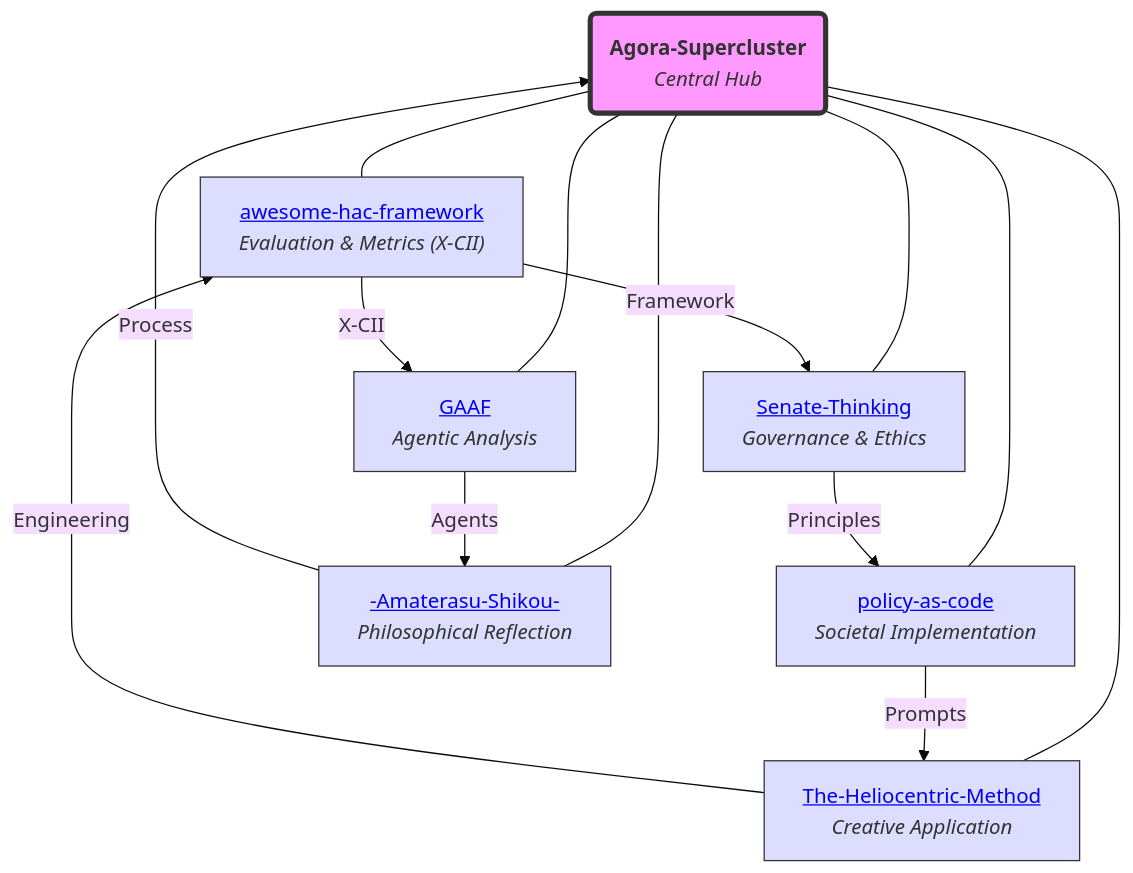
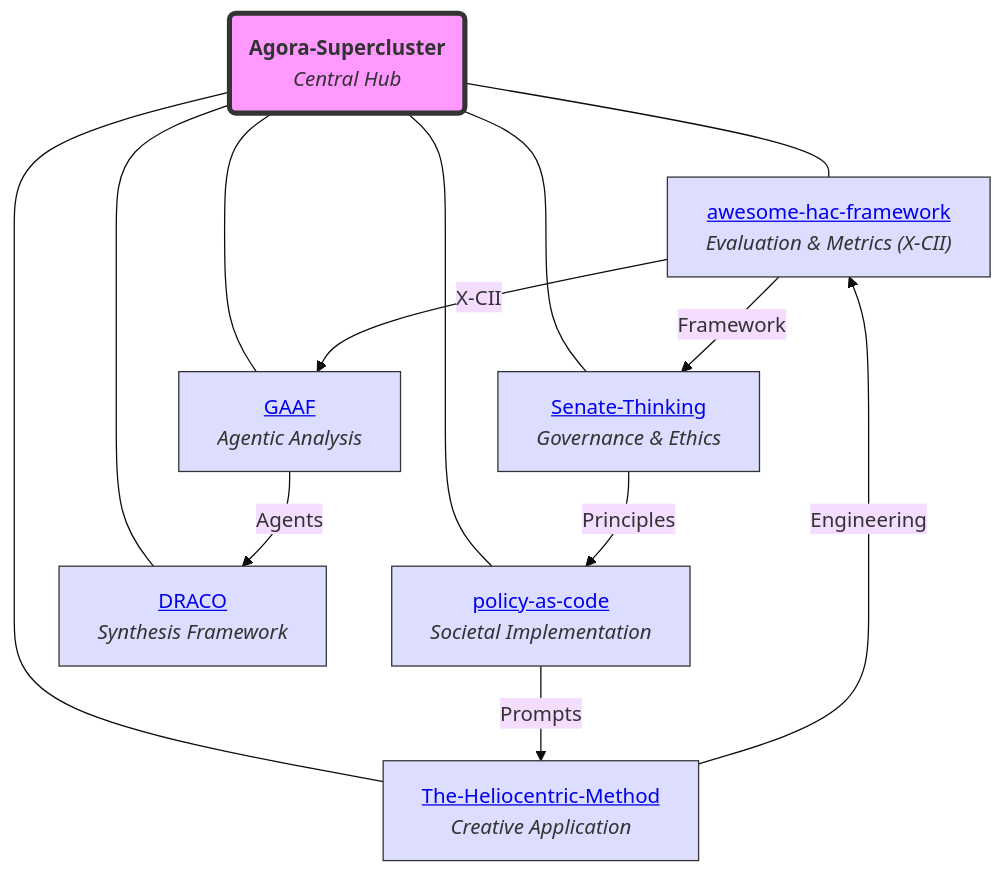
One commit to torisan-unya/Agora-Supercluster changed the diagram in README.md. Above: the diagram before and after it, drawn with Mermaid (base theme). The commit also changed other lines of this file, not shown here.

````diff
--- a/README.md
+++ b/README.md
@@ -19,22 +19,21 @@
 ```mermaid
 graph TD
     A("<b>Agora-Supercluster</b><br><i>Central Hub</i>")
     B["<a href='https://github.com/torisan-unya/awesome-hac-framework'>awesome-hac-framework</a><br><i>Evaluation & Metrics (X-CII)</i>"]
     C["<a href='https://github.com/torisan-unya/Senate-Thinking'>Senate-Thinking</a><br><i>Governance & Ethics</i>"]
     D["<a href='https://github.com/torisan-unya/The-Heliocentric-Method'>The-Heliocentric-Method</a><br><i>Creative Application</i>"]
     E["<a href='https://github.com/torisan-unya/GAAF'>GAAF</a><br><i>Agentic Analysis</i>"]
     F["<a href='https://github.com/torisan-unya/policy-as-code'>policy-as-code</a><br><i>Societal Implementation</i>"]
-    G["<a href='https://github.com/torisan-unya/-Amaterasu-Shikou-'>-Amaterasu-Shikou-</a><br><i>Philosophical Reflection</i>"]
-    A --- B & C & D & E & F & G
+    H["<a href='https://github.com/torisan-unya/DRACO'>DRACO</a><br><i>Synthesis Framework</i>"]
+    A --- B & C & D & E & F & H
     B -- X-CII --> E
     B -- Framework --> C
     F -- Prompts --> D
-    G -- Process --> A
     C -- Principles --> F
     D -- Engineering --> B
-    E -- Agents --> G
+    E -- Agents --> H
     classDef hub fill:#f9f,stroke:#333,stroke-width:4px;
     class A hub;
     classDef core fill:#ddf,stroke:#333;
-    class B,C,D,E,F,G core;
+    class B,C,D,E,F,H core;
 ```
````
